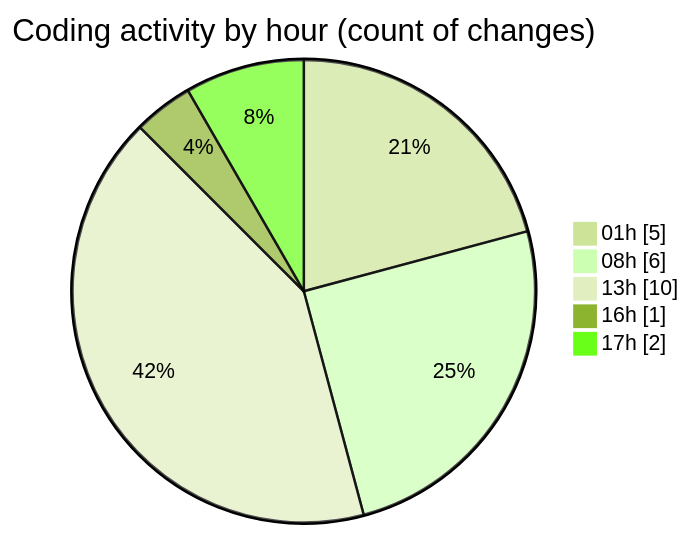
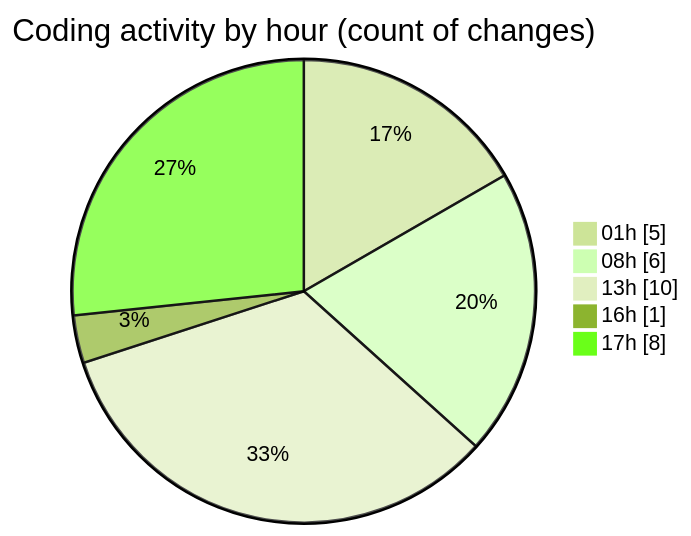
Before and after one commit to tmsrecording-cyber/code-tracking: the second of 2 diagrams in 2026-02-04/singularitybrainai/README.md, drawn with Mermaid (forest theme). The commit also changed other lines of this file and 1 other file, not shown here.

````diff
--- a/2026-02-04/singularitybrainai/README.md
+++ b/2026-02-04/singularitybrainai/README.md
@@ -32,9 +32,9 @@
 ```mermaid
 pie showData
 title Coding activity by hour (count of changes)
 "01h" : 5
 "08h" : 6
 "13h" : 10
 "16h" : 1
-"17h" : 2
+"17h" : 8
 ```
````
